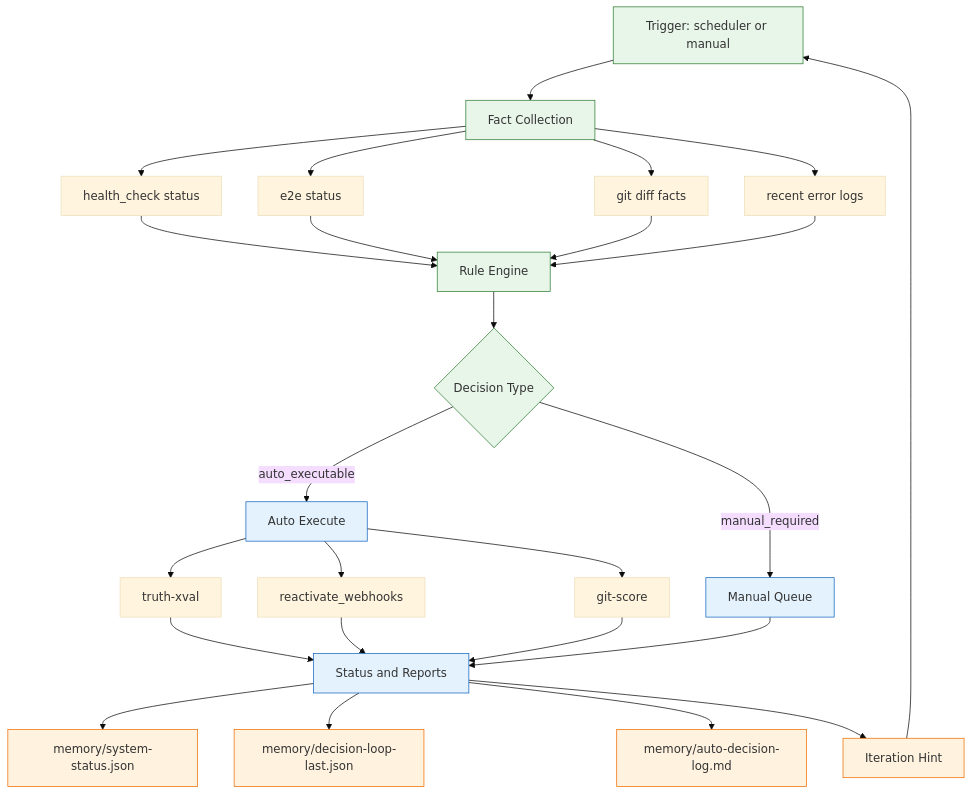
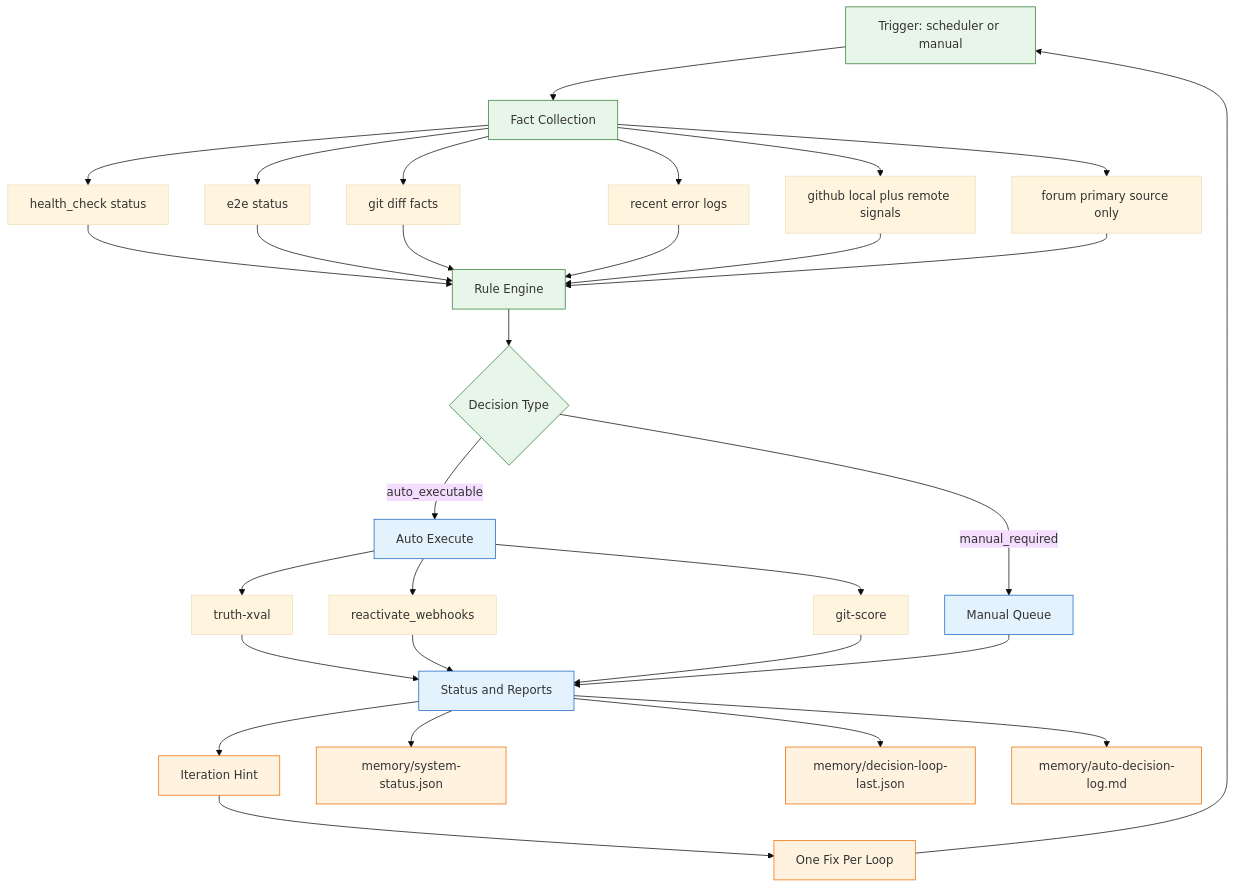
Before and after one commit to RYN6666999/meta-agent: the diagram in docs/project-execution-flow.mmd, drawn with Mermaid (base theme). The commit also changed 13 other files, not shown here.

```diff
--- a/docs/project-execution-flow.mmd
+++ b/docs/project-execution-flow.mmd
@@ -1,50 +1,56 @@
 flowchart TD
     T[Trigger: scheduler or manual]
     F[Fact Collection]
     R[Rule Engine]
     D{Decision Type}
     A[Auto Execute]
     M[Manual Queue]
     S[Status and Reports]
     I[Iteration Hint]
+    O[One Fix Per Loop]
 
     T --> F
 
     F --> F1[health_check status]
     F --> F2[e2e status]
     F --> F3[git diff facts]
     F --> F4[recent error logs]
+    F --> F5[github local plus remote signals]
+    F --> F6[forum primary source only]
 
     F1 --> R
     F2 --> R
     F3 --> R
     F4 --> R
+    F5 --> R
+    F6 --> R
 
     R --> D
 
     D -- auto_executable --> A
     D -- manual_required --> M
 
     A --> A1[truth-xval]
     A --> A2[reactivate_webhooks]
     A --> A3[git-score]
 
     A1 --> S
     A2 --> S
     A3 --> S
     M --> S
 
     S --> S1[memory/system-status.json]
     S --> S2[memory/decision-loop-last.json]
     S --> S3[memory/auto-decision-log.md]
 
     S --> I
-    I --> T
+    I --> O
+    O --> T
 
     classDef core fill:#E8F5E9,stroke:#2E7D32,stroke-width:1px;
     classDef control fill:#E3F2FD,stroke:#1565C0,stroke-width:1px;
     classDef feedback fill:#FFF3E0,stroke:#EF6C00,stroke-width:1px;
 
     class T,F,R,D core;
     class A,M,S control;
-    class I,S1,S2,S3 feedback;
+    class I,O,S1,S2,S3 feedback;
```
